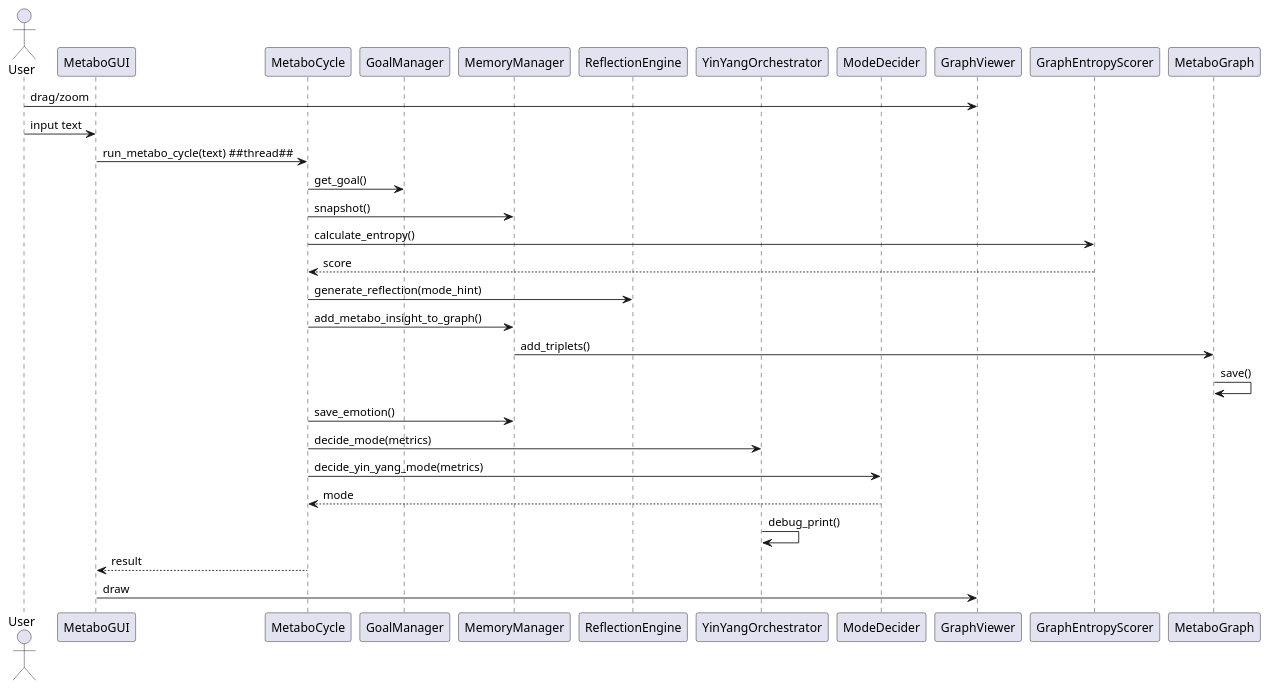
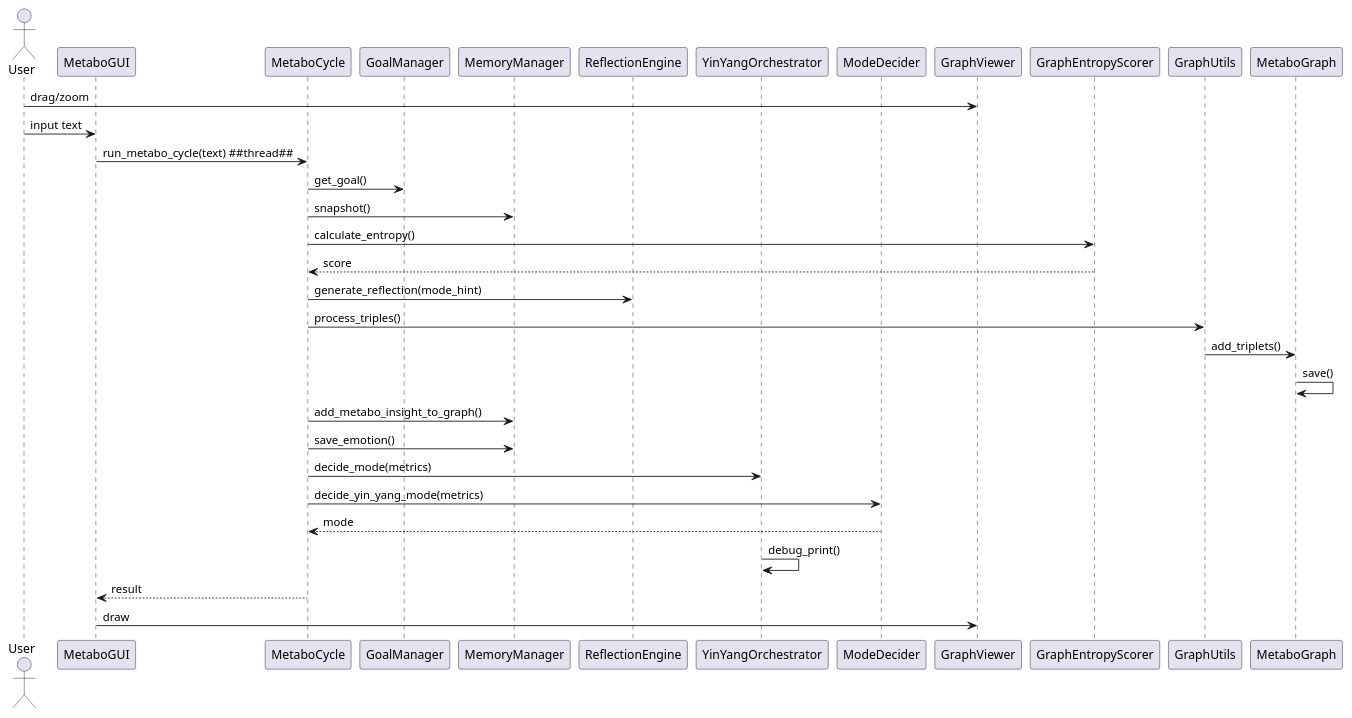
The diagram in doc/diagrams/sequence_diagram.puml (marcusreimold/MetaboMind), drawn with PlantUML before and after one commit. The commit also changed 18 other files, not shown here.

Commit message:
Unify triple processing and update graphs

```diff
--- a/doc/diagrams/sequence_diagram.puml
+++ b/doc/diagrams/sequence_diagram.puml
@@ -1,31 +1,32 @@
 @startuml
 '/ updated after emotion-mode fix
 actor User
 participant MetaboGUI
 participant MetaboCycle
 participant GoalManager
 participant MemoryManager
 participant ReflectionEngine
 participant YinYangOrchestrator
 participant ModeDecider
 participant GraphViewer
 participant GraphEntropyScorer
 User -> GraphViewer: drag/zoom
 User -> MetaboGUI: input text
 MetaboGUI -> MetaboCycle: run_metabo_cycle(text) ##thread##
 MetaboCycle -> GoalManager: get_goal()
 MetaboCycle -> MemoryManager: snapshot()
 MetaboCycle -> GraphEntropyScorer: calculate_entropy()
 GraphEntropyScorer --> MetaboCycle: score
 MetaboCycle -> ReflectionEngine: generate_reflection(mode_hint)
+MetaboCycle -> GraphUtils: process_triples()
+GraphUtils -> MetaboGraph: add_triplets()
+MetaboGraph -> MetaboGraph: save()
 MetaboCycle -> MemoryManager: add_metabo_insight_to_graph()
-MemoryManager -> MetaboGraph: add_triplets()
-MetaboGraph -> MetaboGraph: save()
 MetaboCycle -> MemoryManager: save_emotion()
 MetaboCycle -> YinYangOrchestrator: decide_mode(metrics)
 MetaboCycle -> ModeDecider: decide_yin_yang_mode(metrics)
 ModeDecider --> MetaboCycle: mode
 YinYangOrchestrator -> YinYangOrchestrator: debug_print()
 MetaboCycle --> MetaboGUI: result
 MetaboGUI -> GraphViewer: draw
 @enduml
```
